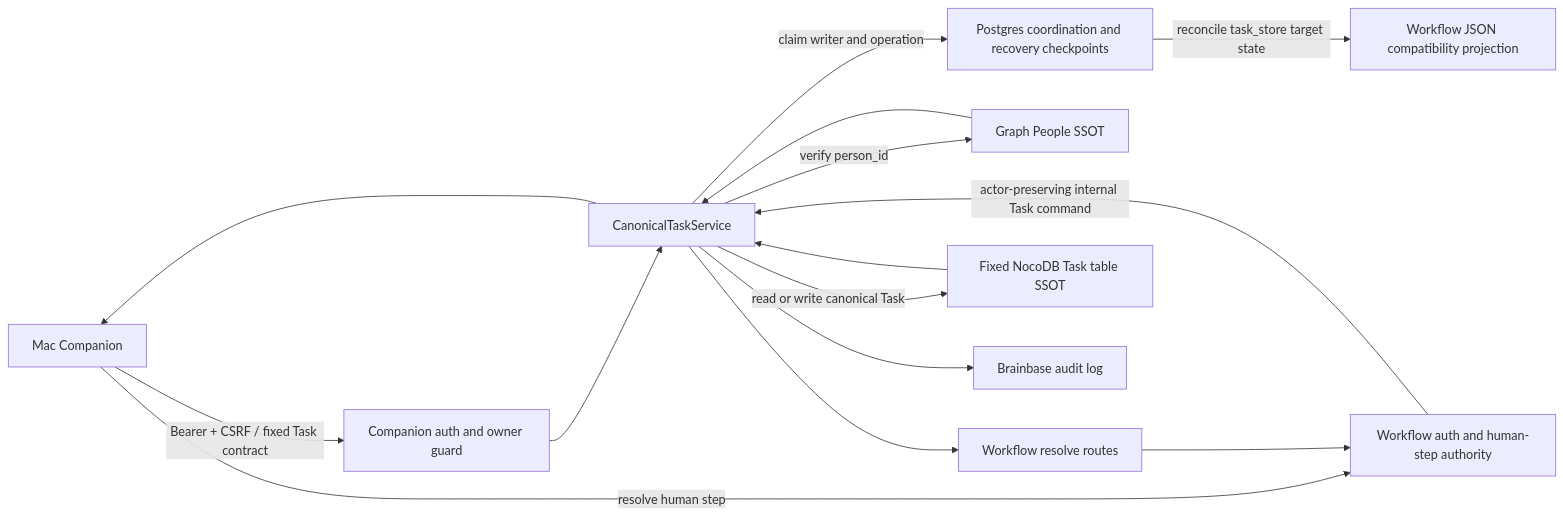
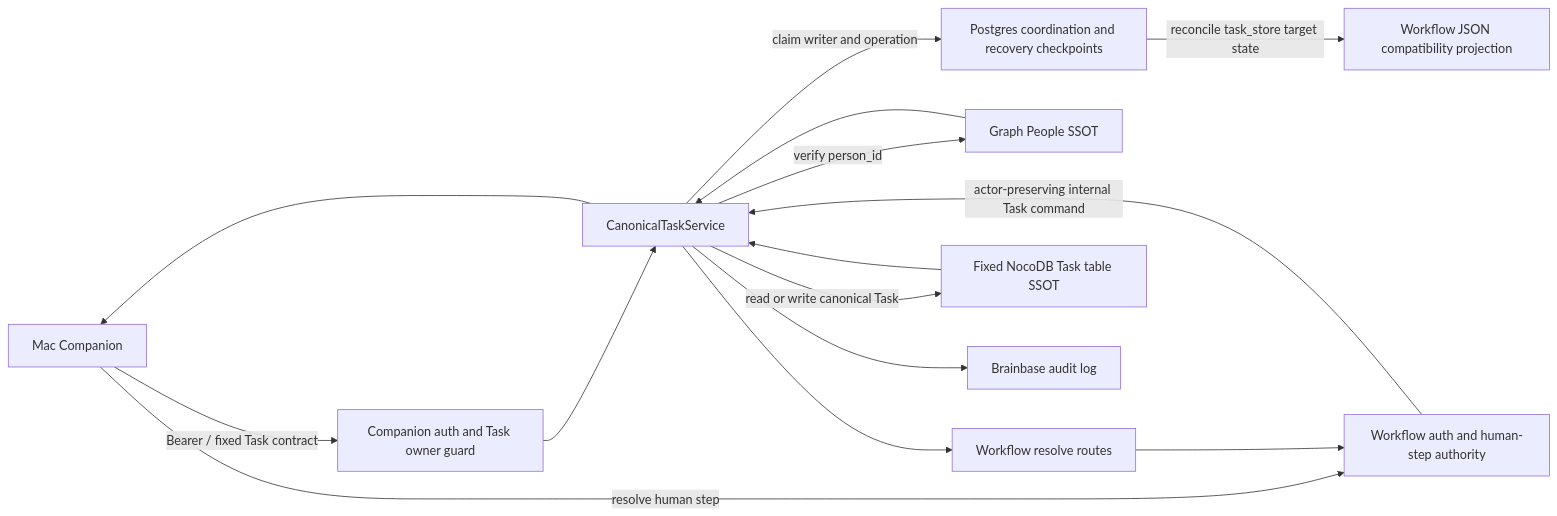
One commit to Unson-LLC/brainbase changed the diagram in docs/architecture/story-companion-canonical-task-provider.md. Above: the diagram before and after it, drawn with Mermaid. The commit also changed other lines of this file and 4 other files, not shown here.

````diff
--- a/docs/architecture/story-companion-canonical-task-provider.md
+++ b/docs/architecture/story-companion-canonical-task-provider.md
@@ -59,17 +65,17 @@
 ```mermaid
 flowchart LR
-  Mac["Mac Companion"] -->|"Bearer + CSRF / fixed Task contract"| Guard["Companion auth and owner guard"]
+  Mac["Mac Companion"] -->|"Bearer / fixed Task contract"| Guard["Companion auth and Task owner guard"]
   Mac -->|"resolve human step"| WorkflowAuth["Workflow auth and human-step authority"]
   Workflow["Workflow resolve routes"] --> WorkflowAuth
   Guard --> Service["CanonicalTaskService"]
   WorkflowAuth -->|"actor-preserving internal Task command"| Service
   Service -->|"verify person_id"| Graph["Graph People SSOT"]
   Service -->|"claim writer and operation"| PG["Postgres coordination and recovery checkpoints"]
   Service -->|"read or write canonical Task"| Noco["Fixed NocoDB Task table SSOT"]
   Service --> Audit["Brainbase audit log"]
   PG -->|"reconcile task_store target state"| JSON["Workflow JSON compatibility projection"]
   Noco --> Service
   Graph --> Service
   Service --> Mac
   Service --> Workflow
 ```
````
